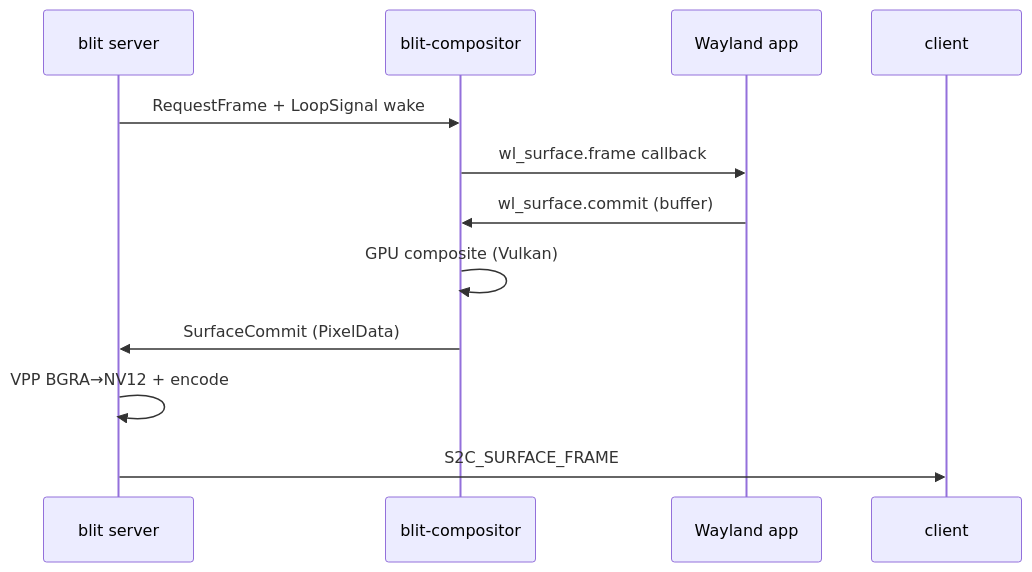
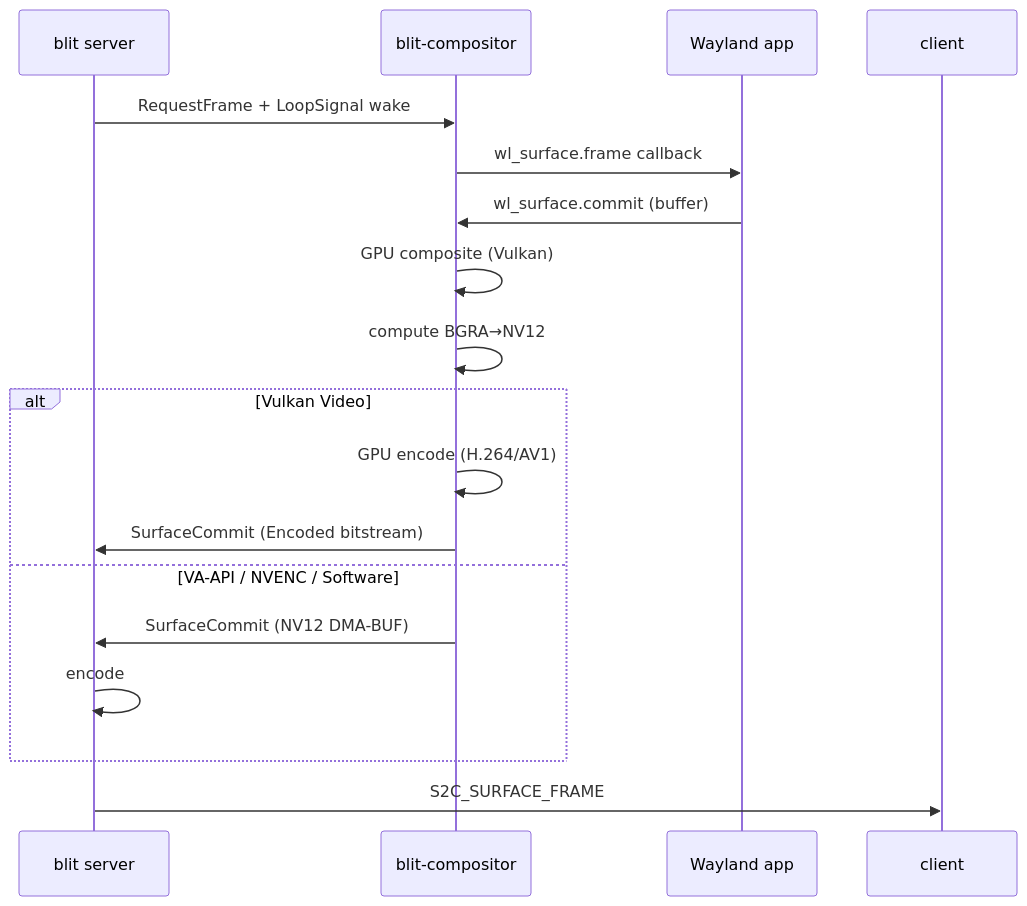
The second of 4 diagrams in docs/server.md (indent-com/blit), drawn with Mermaid before and after one commit. The commit also changed other lines of this file and 50 other files, not shown here.

Commit message:
v0.24.1: Vulkan Video encode, compute BGRA→NV12 (drop VPP/EGL), IPC locking, audio orphan fix, skopeo creds, quality UI

````diff
--- a/docs/server.md
+++ b/docs/server.md
@@ -147,15 +147,21 @@
 ```mermaid
 sequenceDiagram
     participant S as blit server
     participant C as blit-compositor
     participant A as Wayland app
     participant Cl as client
 
     S->>C: RequestFrame + LoopSignal wake
     C->>A: wl_surface.frame callback
     A->>C: wl_surface.commit (buffer)
     C->>C: GPU composite (Vulkan)
-    C->>S: SurfaceCommit (PixelData)
-    S->>S: VPP BGRA→NV12 + encode
+    C->>C: compute BGRA→NV12
+    alt Vulkan Video
+        C->>C: GPU encode (H.264/AV1)
+        C->>S: SurfaceCommit (Encoded bitstream)
+    else VA-API / NVENC / Software
+        C->>S: SurfaceCommit (NV12 DMA-BUF)
+        S->>S: encode
+    end
     S->>Cl: S2C_SURFACE_FRAME
 ```
````
